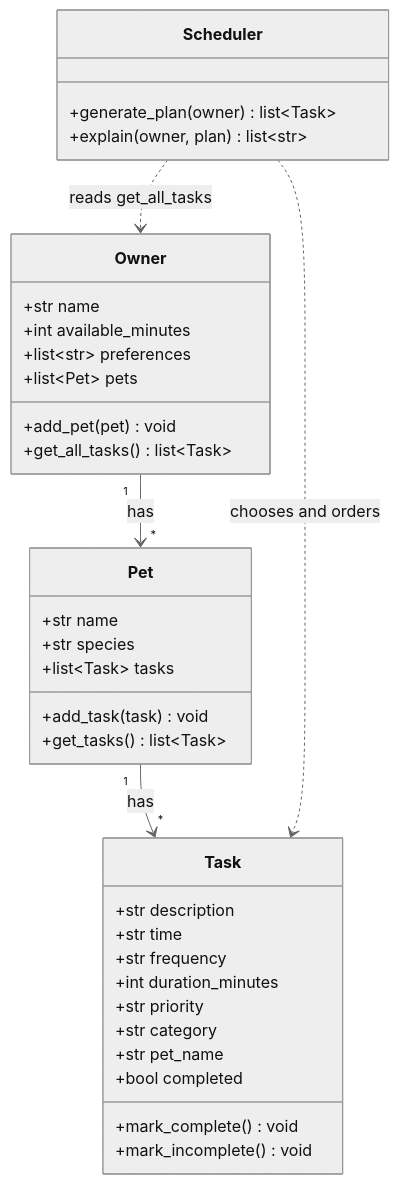
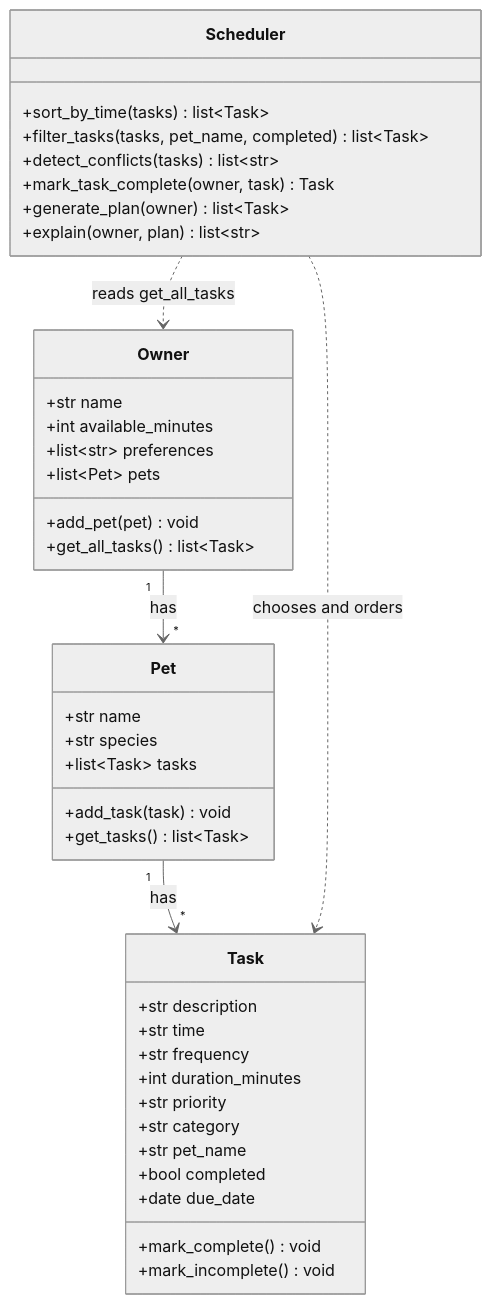
One commit to lopemyg/ai110-module2show-pawpal-starter changed the diagram in diagrams/uml.mmd. Above: the diagram before and after it, drawn with Mermaid (neutral theme). The commit also changed 6 other files, not shown here.

```diff
--- a/diagrams/uml.mmd
+++ b/diagrams/uml.mmd
@@ -1,43 +1,48 @@
 classDiagram
     %% PawPal+ draft. Four classes only. Update this file in Phase 6
     %% so it matches the implementation.
 
     class Owner {
         +str name
         +int available_minutes
         +list~str~ preferences
         +list~Pet~ pets
         +add_pet(pet) void
         +get_all_tasks() list~Task~
     }
 
     class Pet {
         +str name
         +str species
         +list~Task~ tasks
         +add_task(task) void
         +get_tasks() list~Task~
     }
 
     class Task {
         +str description
         +str time
         +str frequency
         +int duration_minutes
         +str priority
         +str category
         +str pet_name
         +bool completed
+        +date due_date
         +mark_complete() void
         +mark_incomplete() void
     }
 
     class Scheduler {
+        +sort_by_time(tasks) list~Task~
+        +filter_tasks(tasks, pet_name, completed) list~Task~
+        +detect_conflicts(tasks) list~str~
+        +mark_task_complete(owner, task) Task
         +generate_plan(owner) list~Task~
         +explain(owner, plan) list~str~
     }
 
     Owner "1" --> "*" Pet : has
     Pet "1" --> "*" Task : has
     Scheduler ..> Owner : reads get_all_tasks
     Scheduler ..> Task : chooses and orders
```
